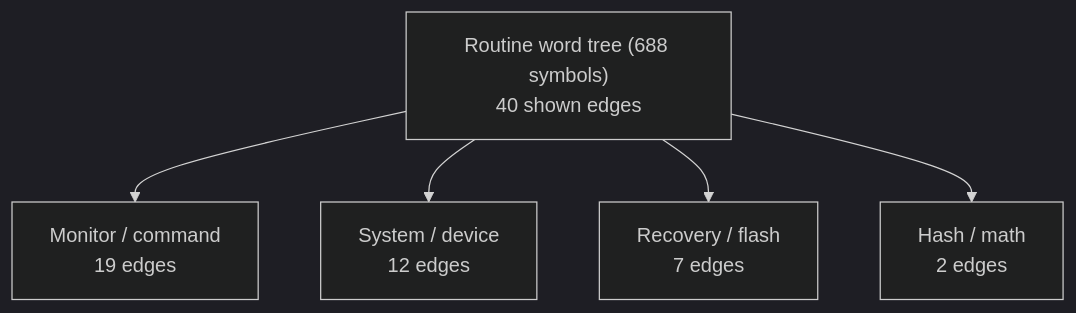
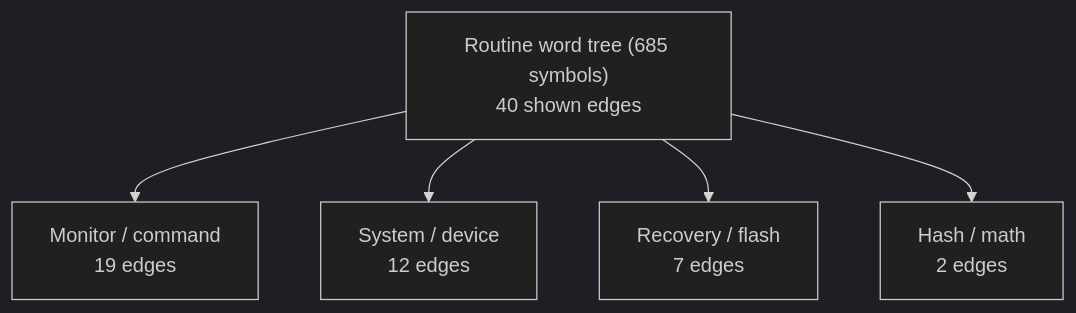
One commit to 95westus/R-YORS changed the first of 6 diagrams in DOC/GENERATED/ROUTINE_WORD_TREE.md. Above: the diagram before and after it, drawn with Mermaid (dark theme). The commit also changed other lines of this file and 25 other files, not shown here.

````diff
--- a/DOC/GENERATED/ROUTINE_WORD_TREE.md
+++ b/DOC/GENERATED/ROUTINE_WORD_TREE.md
@@ -16,7 +16,7 @@
 ```mermaid
 flowchart TD
-    MAP_ROOT_ROUTINE_WORD_TREE__688_SYMBOLS_["Routine word tree (688 symbols)<br/>40 shown edges"] --> MAP_FAMILY_MONITOR___COMMAND["Monitor / command<br/>19 edges"]
-    MAP_ROOT_ROUTINE_WORD_TREE__688_SYMBOLS_["Routine word tree (688 symbols)<br/>40 shown edges"] --> MAP_FAMILY_SYSTEM___DEVICE["System / device<br/>12 edges"]
-    MAP_ROOT_ROUTINE_WORD_TREE__688_SYMBOLS_["Routine word tree (688 symbols)<br/>40 shown edges"] --> MAP_FAMILY_RECOVERY___FLASH["Recovery / flash<br/>7 edges"]
-    MAP_ROOT_ROUTINE_WORD_TREE__688_SYMBOLS_["Routine word tree (688 symbols)<br/>40 shown edges"] --> MAP_FAMILY_HASH___MATH["Hash / math<br/>2 edges"]
+    MAP_ROOT_ROUTINE_WORD_TREE__685_SYMBOLS_["Routine word tree (685 symbols)<br/>40 shown edges"] --> MAP_FAMILY_MONITOR___COMMAND["Monitor / command<br/>19 edges"]
+    MAP_ROOT_ROUTINE_WORD_TREE__685_SYMBOLS_["Routine word tree (685 symbols)<br/>40 shown edges"] --> MAP_FAMILY_SYSTEM___DEVICE["System / device<br/>12 edges"]
+    MAP_ROOT_ROUTINE_WORD_TREE__685_SYMBOLS_["Routine word tree (685 symbols)<br/>40 shown edges"] --> MAP_FAMILY_RECOVERY___FLASH["Recovery / flash<br/>7 edges"]
+    MAP_ROOT_ROUTINE_WORD_TREE__685_SYMBOLS_["Routine word tree (685 symbols)<br/>40 shown edges"] --> MAP_FAMILY_HASH___MATH["Hash / math<br/>2 edges"]
 ```
````
